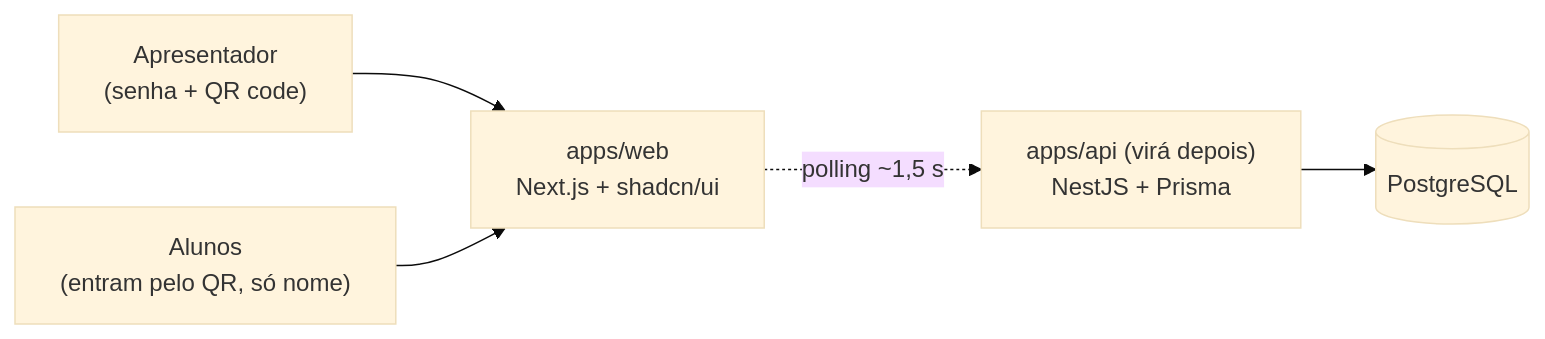
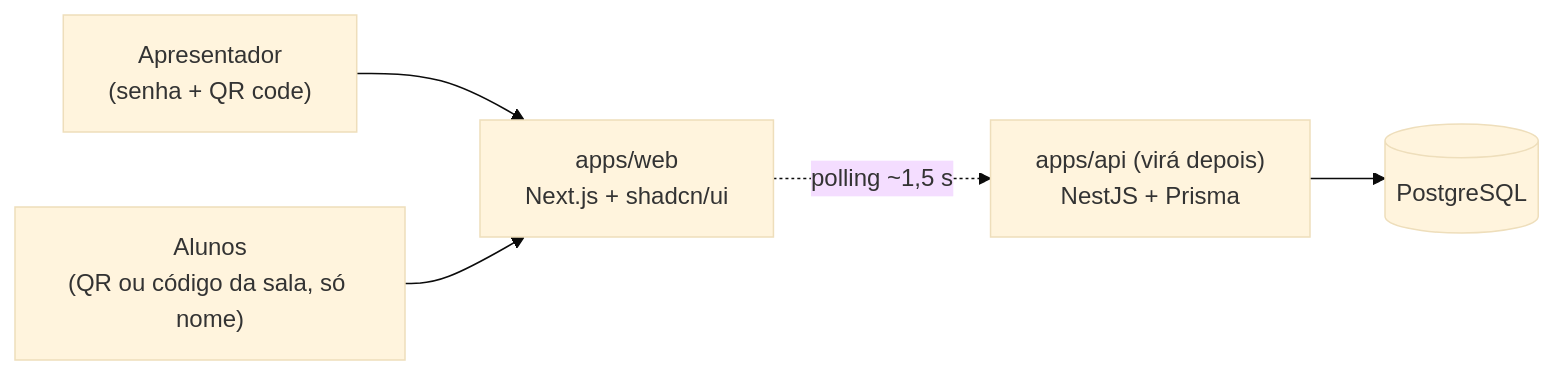
One commit to Frombull/cathoot changed the first of 2 diagrams in docs/arquitetura.md. Above: the diagram before and after it, drawn with Mermaid (base theme). The commit also changed other lines of this file and 7 other files, not shown here.

````diff
--- a/docs/arquitetura.md
+++ b/docs/arquitetura.md
@@ -3,13 +5,13 @@
 ```mermaid
 flowchart LR
     APR["Apresentador<br/>(senha + QR code)"]
-    ALU["Alunos<br/>(entram pelo QR, só nome)"]
+    ALU["Alunos<br/>(QR ou código da sala, só nome)"]
     WEB["apps/web<br/>Next.js + shadcn/ui"]
     API["apps/api (virá depois)<br/>NestJS + Prisma"]
     DB[("PostgreSQL")]
 
     APR --> WEB
     ALU --> WEB
     WEB -. "polling ~1,5 s" .-> API
     API --> DB
 ```
````
